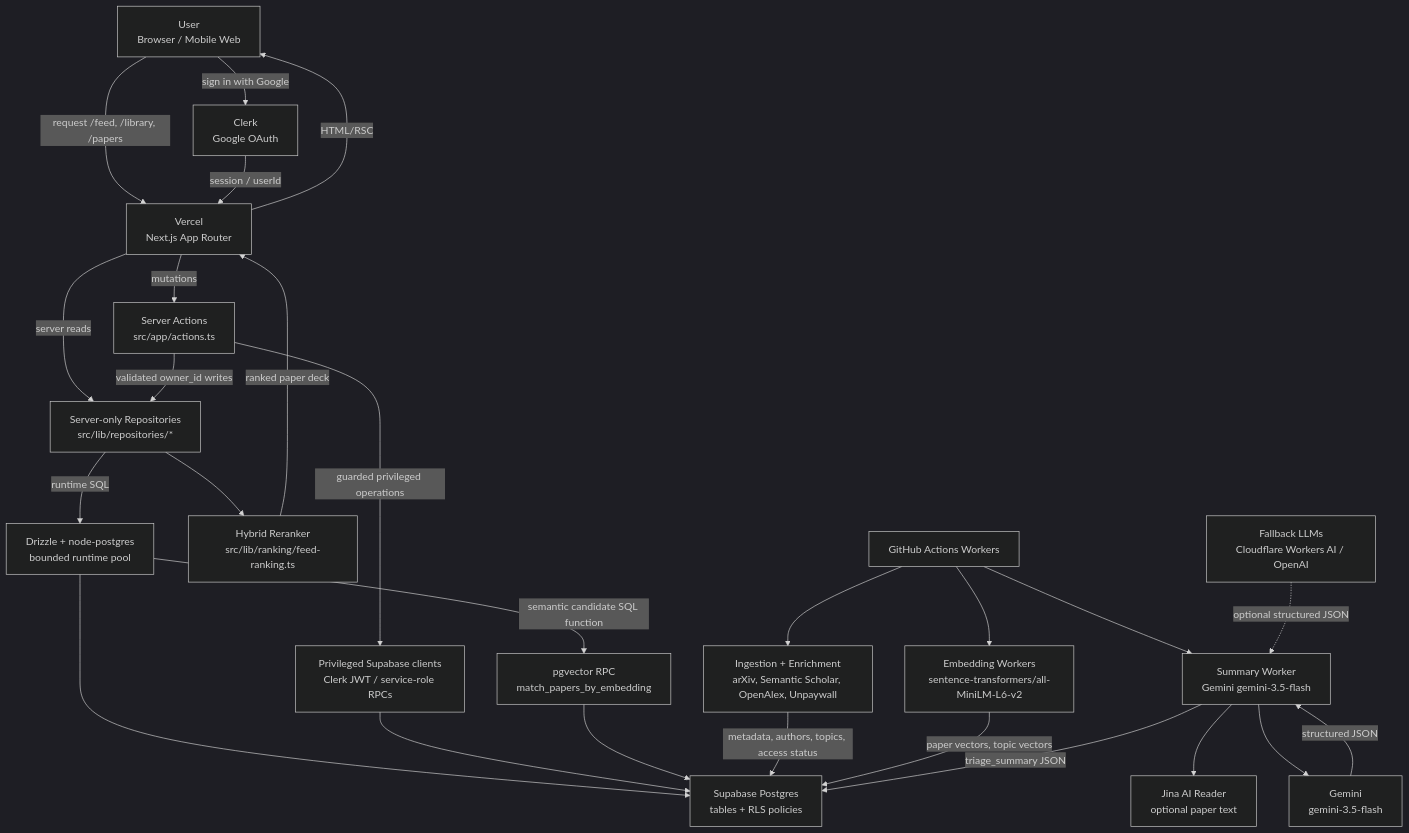
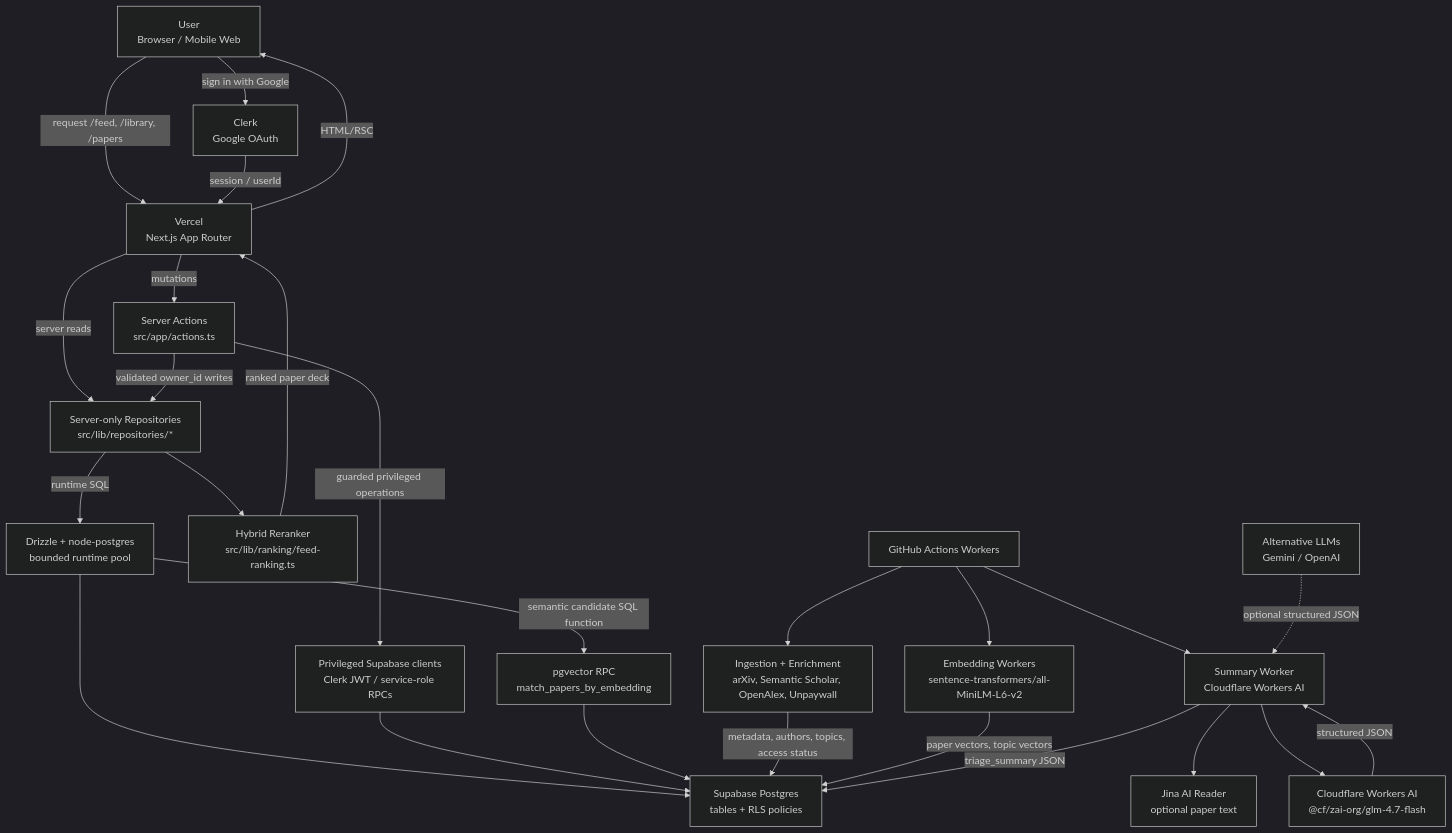
The first of 6 diagrams in docs/architecture.md (Mik1810/PaperDeck), drawn with Mermaid (dark theme) before and after one commit. The commit also changed other lines of this file and 8 other files, not shown here.

````diff
--- a/docs/architecture.md
+++ b/docs/architecture.md
@@ -33,47 +33,47 @@
 ```mermaid
 flowchart TB
   user["User<br/>Browser / Mobile Web"]
   vercel["Vercel<br/>Next.js App Router"]
   clerk["Clerk<br/>Google OAuth"]
   actions["Server Actions<br/>src/app/actions.ts"]
   repos["Server-only Repositories<br/>src/lib/repositories/*"]
   runtimeDb["Drizzle + node-postgres<br/>bounded runtime pool"]
   privileged["Privileged Supabase clients<br/>Clerk JWT / service-role RPCs"]
   ranking["Hybrid Reranker<br/>src/lib/ranking/feed-ranking.ts"]
   supabase["Supabase Postgres<br/>tables + RLS policies"]
   pgvector["pgvector RPC<br/>match_papers_by_embedding"]
   ghActions["GitHub Actions Workers"]
   ingestion["Ingestion + Enrichment<br/>arXiv, Semantic Scholar, OpenAlex, Unpaywall"]
   embeddings["Embedding Workers<br/>sentence-transformers/all-MiniLM-L6-v2"]
-  summaries["Summary Worker<br/>Gemini gemini-3.5-flash"]
-  geminiFlash["Gemini<br/>gemini-3.5-flash"]
-  fallbackModels["Fallback LLMs<br/>Cloudflare Workers AI / OpenAI"]
+  summaries["Summary Worker<br/>Cloudflare Workers AI"]
+  cloudflareModel["Cloudflare Workers AI<br/>@cf/zai-org/glm-4.7-flash"]
+  alternativeModels["Alternative LLMs<br/>Gemini / OpenAI"]
   jina["Jina AI Reader<br/>optional paper text"]
 
   user -->|"request /feed, /library, /papers"| vercel
   user -->|"sign in with Google"| clerk
   clerk -->|"session / userId"| vercel
   vercel -->|"mutations"| actions
   vercel -->|"server reads"| repos
   actions -->|"validated owner_id writes"| repos
   repos -->|"runtime SQL"| runtimeDb
   runtimeDb --> supabase
   actions -->|"guarded privileged operations"| privileged
   privileged --> supabase
   runtimeDb -->|"semantic candidate SQL function"| pgvector
   pgvector --> supabase
   repos --> ranking
   ranking -->|"ranked paper deck"| vercel
   vercel -->|"HTML/RSC"| user
 
   ghActions --> ingestion
   ingestion -->|"metadata, authors, topics, access status"| supabase
   ghActions --> embeddings
   embeddings -->|"paper vectors, topic vectors"| supabase
   ghActions --> summaries
   summaries --> jina
-  summaries --> geminiFlash
-  geminiFlash -->|"structured JSON"| summaries
-  fallbackModels -. optional structured JSON .-> summaries
+  summaries --> cloudflareModel
+  cloudflareModel -->|"structured JSON"| summaries
+  alternativeModels -. optional structured JSON .-> summaries
   summaries -->|"triage_summary JSON"| supabase
 ```
````
